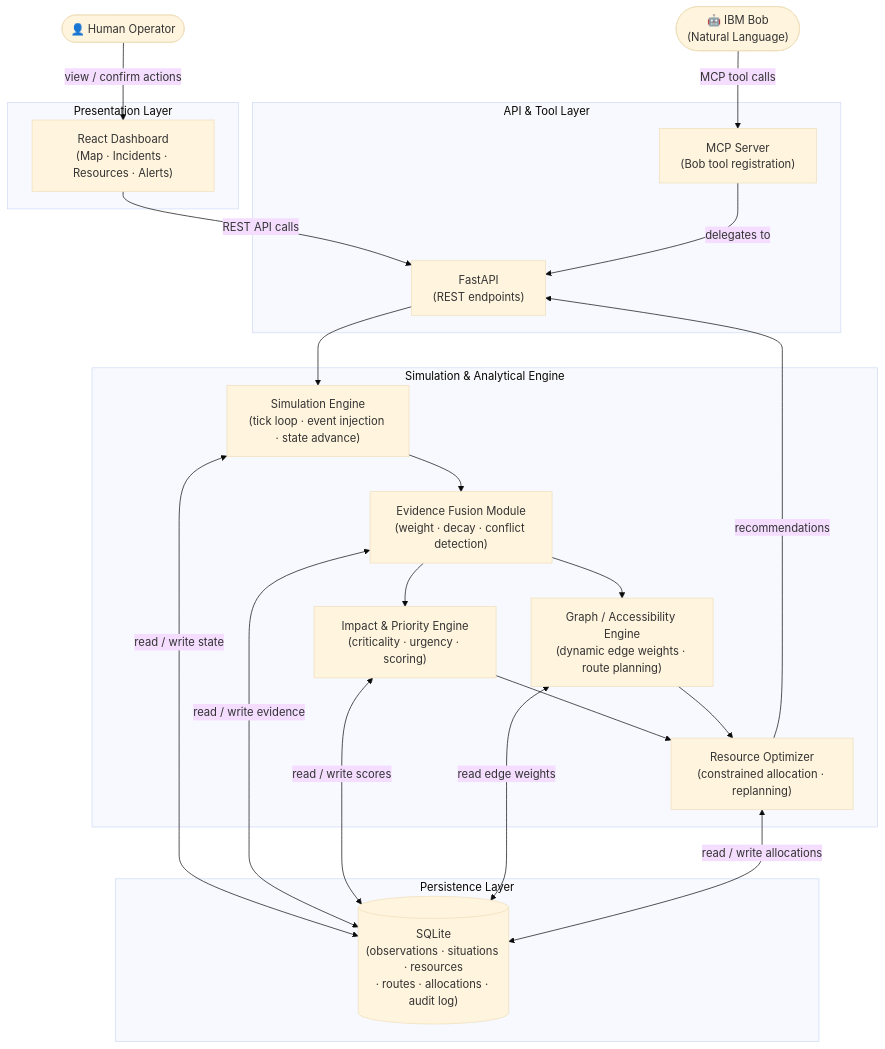
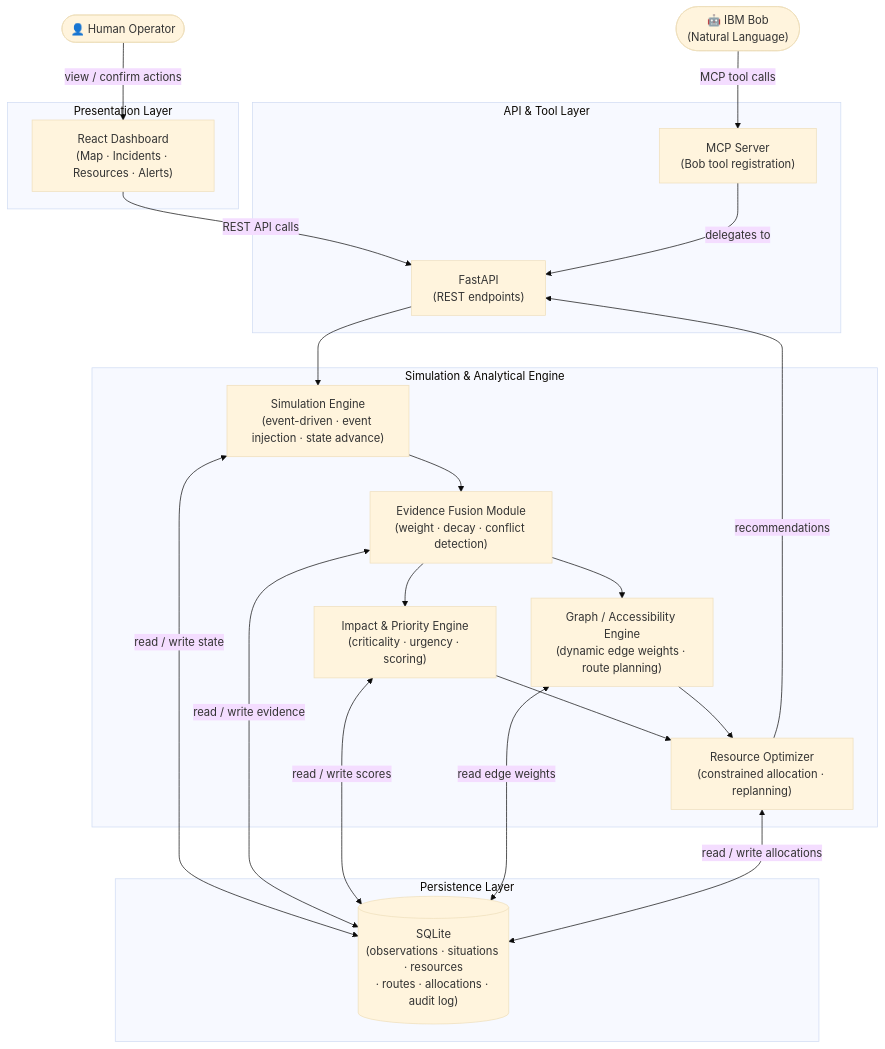
The diagram in docs/architecture.md (itsokayyybro/bob-ai-hackathon-shutdown), drawn with Mermaid (base theme) before and after one commit. The commit also changed other lines of this file and 22 other files, not shown here.

````diff
--- a/docs/architecture.md
+++ b/docs/architecture.md
@@ -11,45 +11,45 @@
 ```mermaid
 flowchart TD
     User(["👤 Human Operator"])
     Bob(["🤖 IBM Bob\n(Natural Language)"])
 
     subgraph Presentation ["Presentation Layer"]
         Dashboard["React Dashboard\n(Map · Incidents · Resources · Alerts)"]
     end
 
     subgraph API ["API & Tool Layer"]
         FastAPI["FastAPI\n(REST endpoints)"]
         MCP["MCP Server\n(Bob tool registration)"]
     end
 
     subgraph Engine ["Simulation & Analytical Engine"]
-        Sim["Simulation Engine\n(tick loop · event injection · state advance)"]
+        Sim["Simulation Engine\n(event-driven · event injection · state advance)"]
         Evidence["Evidence Fusion Module\n(weight · decay · conflict detection)"]
         Impact["Impact & Priority Engine\n(criticality · urgency · scoring)"]
         Graph["Graph / Accessibility Engine\n(dynamic edge weights · route planning)"]
         Optimizer["Resource Optimizer\n(constrained allocation · replanning)"]
     end
 
     subgraph Persistence ["Persistence Layer"]
         DB[("SQLite\n(observations · situations · resources\n· routes · allocations · audit log)")]
     end
 
     User -->|"view / confirm actions"| Dashboard
     Bob -->|"MCP tool calls"| MCP
     Dashboard -->|"REST API calls"| FastAPI
     MCP -->|"delegates to"| FastAPI
 
     FastAPI --> Sim
     Sim --> Evidence
     Evidence --> Impact
     Evidence --> Graph
     Impact --> Optimizer
     Graph --> Optimizer
     Optimizer -->|"recommendations"| FastAPI
 
     Sim <-->|"read / write state"| DB
     Evidence <-->|"read / write evidence"| DB
     Impact <-->|"read / write scores"| DB
     Graph <-->|"read edge weights"| DB
     Optimizer <-->|"read / write allocations"| DB
 ```
````
